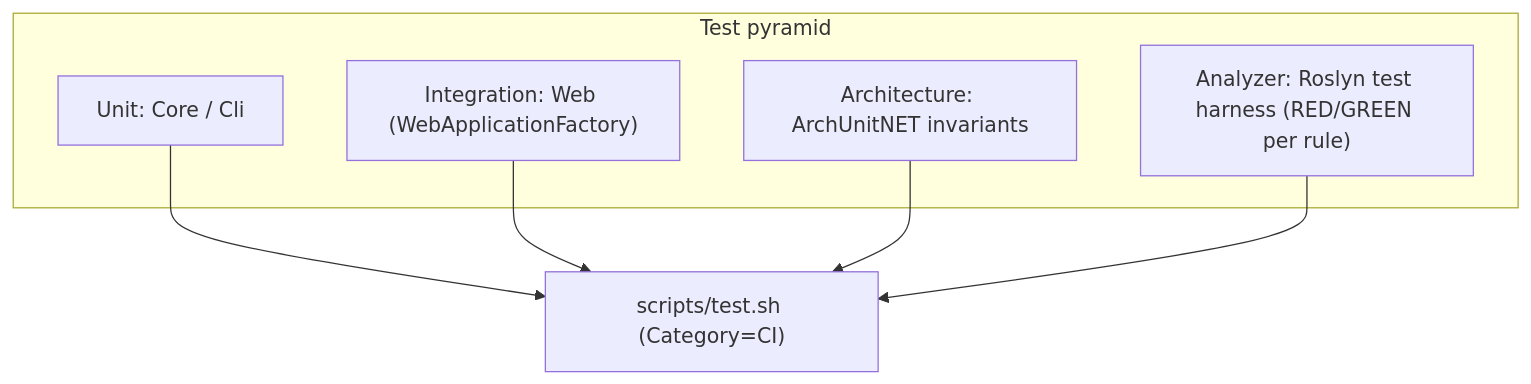
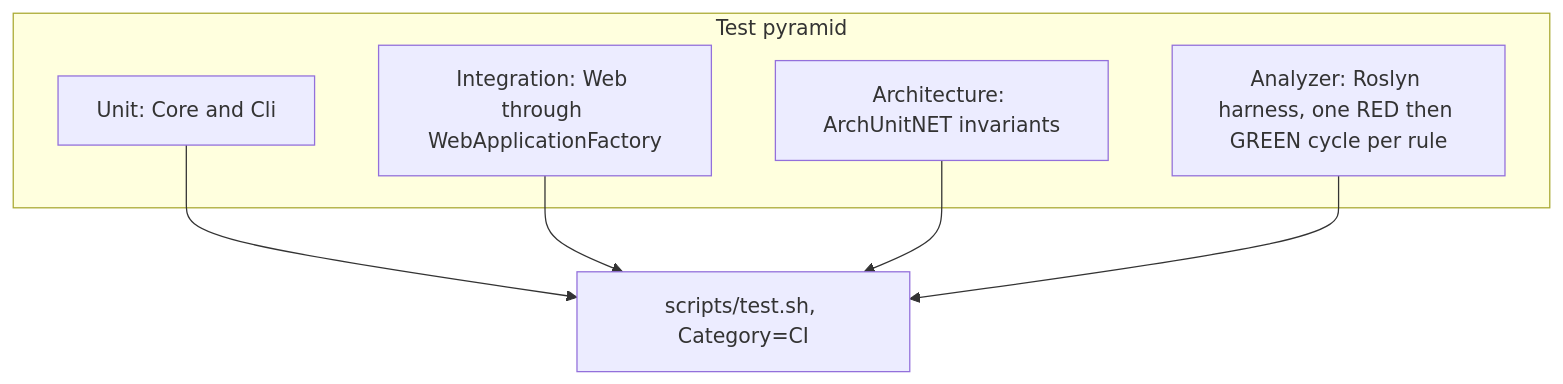
One commit to e128/dotnet-reference changed the diagram in docs/engineering/testing-strategy.md. Above: the diagram before and after it, drawn with Mermaid. The commit also changed other lines of this file and 20 other files, not shown here.

````diff
--- a/docs/engineering/testing-strategy.md
+++ b/docs/engineering/testing-strategy.md
@@ -21,13 +21,13 @@
 ```mermaid
 graph TB
   subgraph kinds["Test pyramid"]
-    unit["Unit: Core / Cli"]
-    integ["Integration: Web (WebApplicationFactory)"]
+    unit["Unit: Core and Cli"]
+    integ["Integration: Web through WebApplicationFactory"]
     arch["Architecture: ArchUnitNET invariants"]
-    ana["Analyzer: Roslyn test harness (RED/GREEN per rule)"]
+    ana["Analyzer: Roslyn harness, one RED then GREEN cycle per rule"]
   end
-  unit --> ci["scripts/test.sh (Category=CI)"]
+  unit --> ci["scripts/test.sh, Category=CI"]
   integ --> ci
   arch --> ci
   ana --> ci
 ```
````
